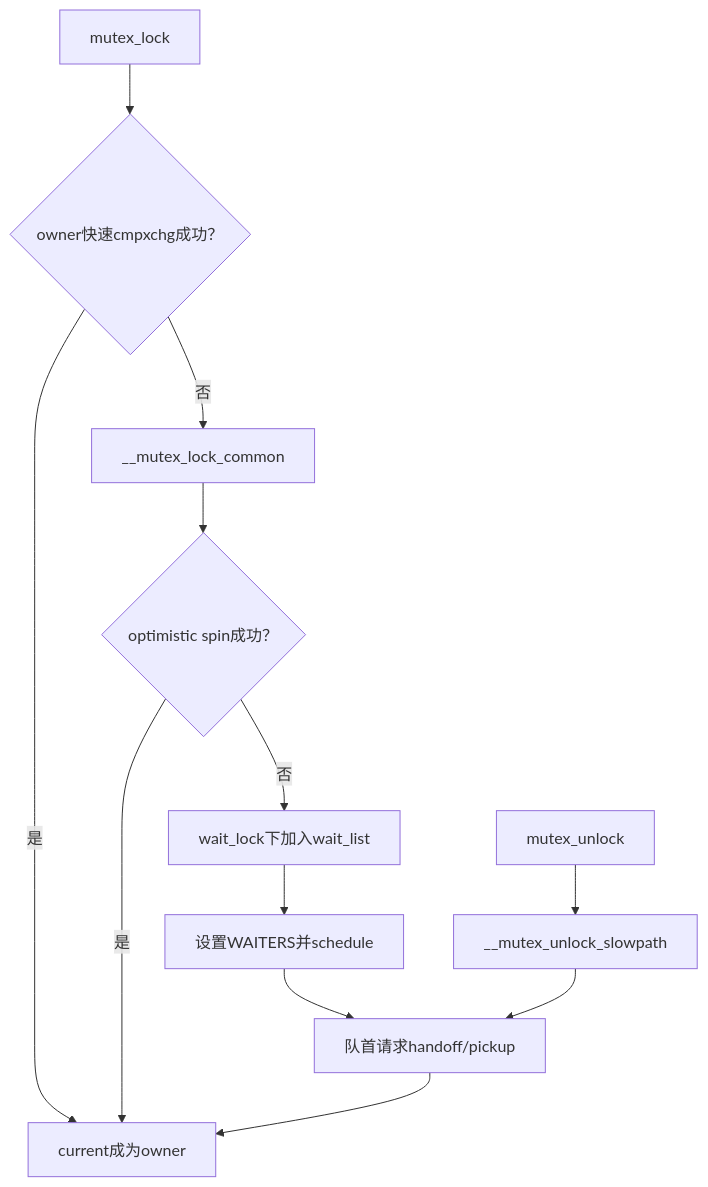
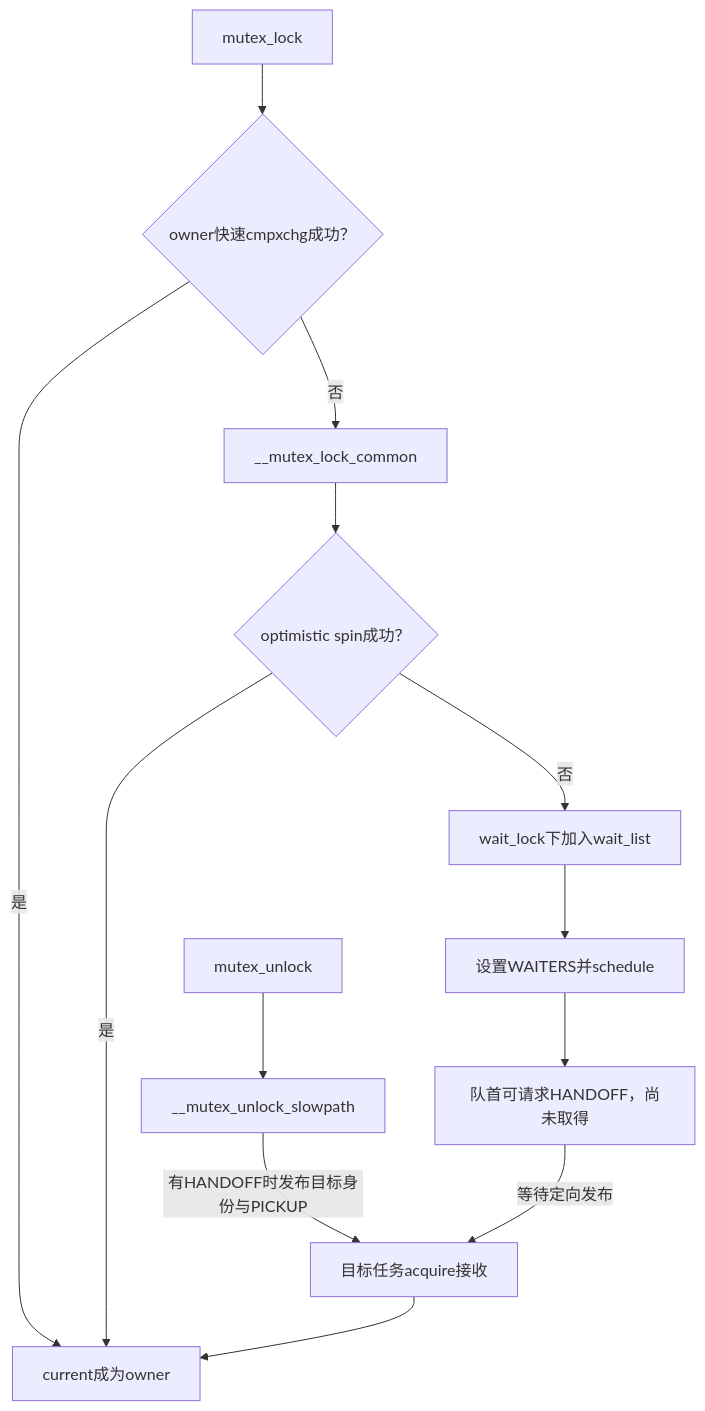
One commit to FormingSystem/linux_note changed the first of 2 diagrams in research/source_reading/locking/navigation/P03_Linux_6.12_mutex与rwsem模块源码概念导读.md. Above: the diagram before and after it, drawn with Mermaid. The commit also changed other lines of this file and 11 other files, not shown here.

````diff
--- a/research/source_reading/locking/navigation/P03_Linux_6.12_mutex与rwsem模块源码概念导读.md
+++ b/research/source_reading/locking/navigation/P03_Linux_6.12_mutex与rwsem模块源码概念导读.md
@@ -30,14 +30,15 @@
 ```mermaid
 flowchart TD
     A["mutex_lock"] --> B{"owner快速cmpxchg成功？"}
     B -->|"是"| C["current成为owner"]
     B -->|"否"| D["__mutex_lock_common"]
     D --> E{"optimistic spin成功？"}
     E -->|"是"| C
     E -->|"否"| F["wait_lock下加入wait_list"]
     F --> G["设置WAITERS并schedule"]
-    G --> H["队首请求handoff/pickup"]
+    G --> H["队首可请求HANDOFF，尚未取得"]
     I["mutex_unlock"] --> J["__mutex_unlock_slowpath"]
-    J --> H
-    H --> C
+    J -->|"有HANDOFF时发布目标身份与PICKUP"| K["目标任务acquire接收"]
+    H -->|"等待定向发布"| K
+    K --> C
 ```
````
